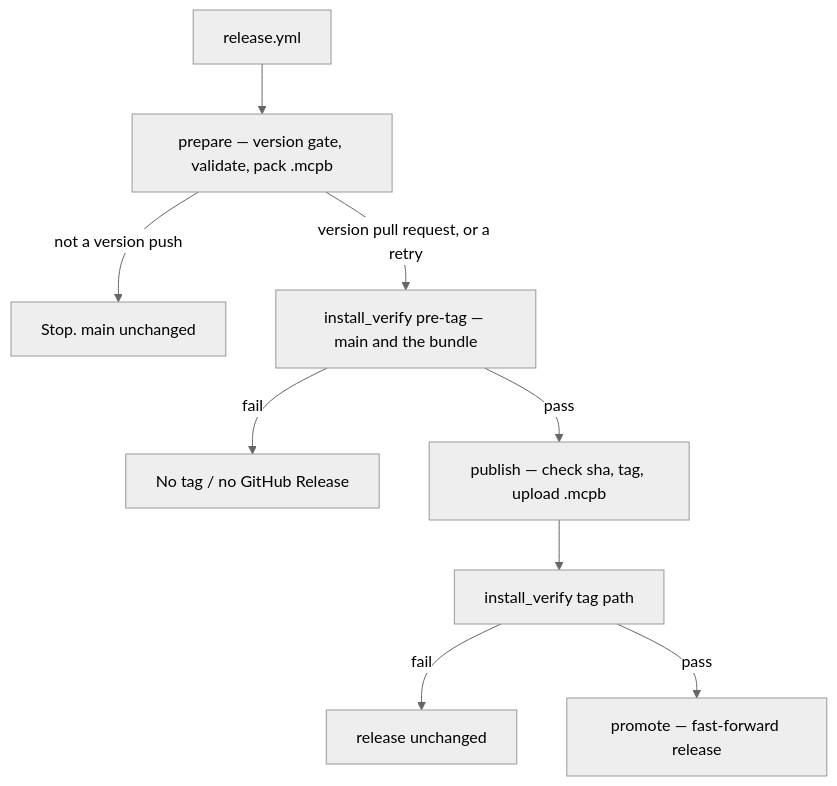
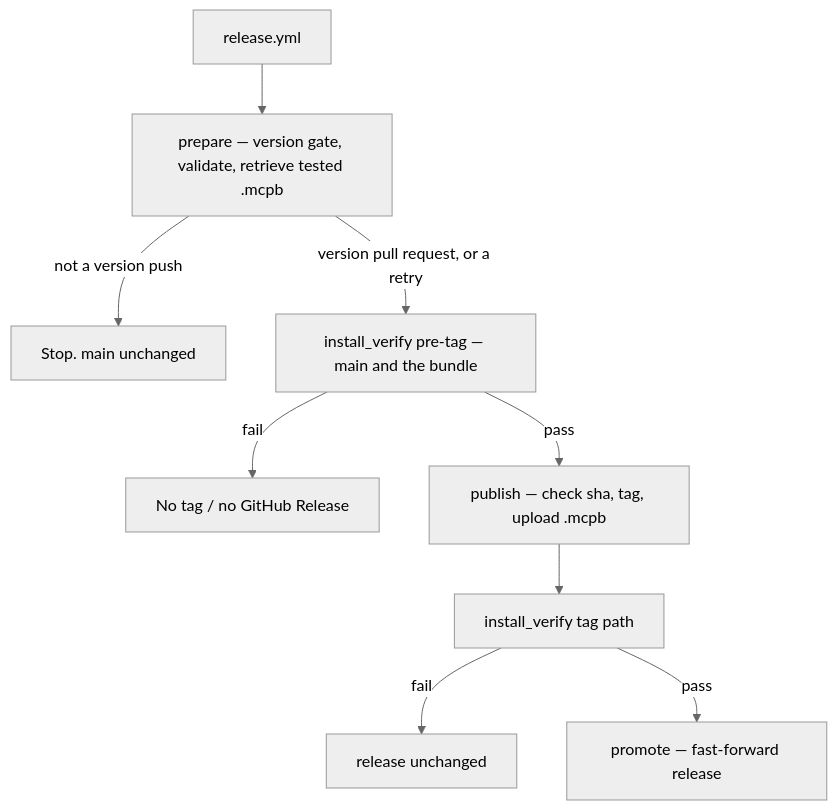
The diagram in MAINTAINING.md (CREATeNG/freecad-mcp-bridge), drawn with Mermaid (neutral theme) before and after one commit. The commit also changed other lines of this file and 4 other files, not shown here.

````diff
--- a/MAINTAINING.md
+++ b/MAINTAINING.md
@@ -101,12 +101,12 @@
 ```mermaid
 flowchart TD
   R[release.yml]
-  R --> prep[prepare — version gate, validate, pack .mcpb]
+  R --> prep[prepare — version gate, validate, retrieve tested .mcpb]
   prep -->|not a version push| skip[Stop. main unchanged]
   prep -->|version pull request, or a retry| verify[install_verify pre-tag — main and the bundle]
   verify -->|fail| stop[No tag / no GitHub Release]
   verify -->|pass| pub[publish — check sha, tag, upload .mcpb]
   pub --> postverify[install_verify tag path]
   postverify -->|fail| stop2[release unchanged]
   postverify -->|pass| promote[promote — fast-forward release]
 ```
````
